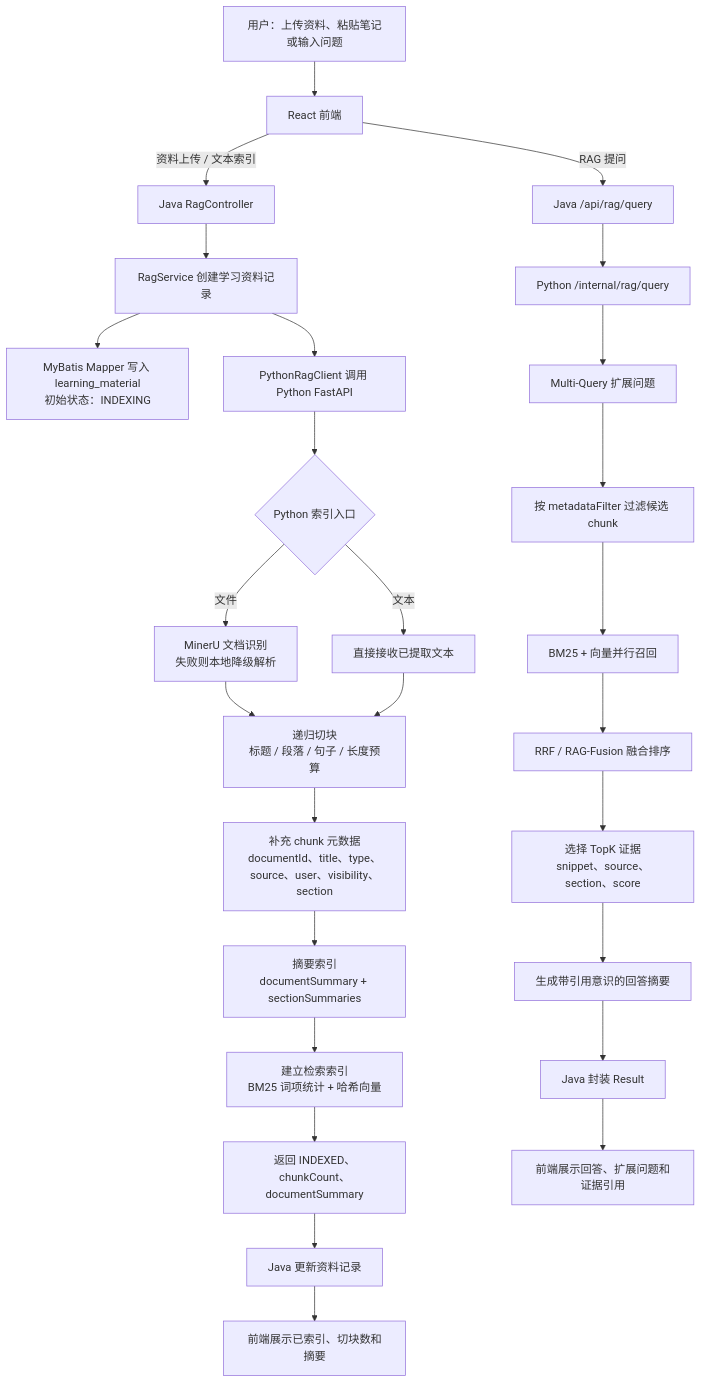
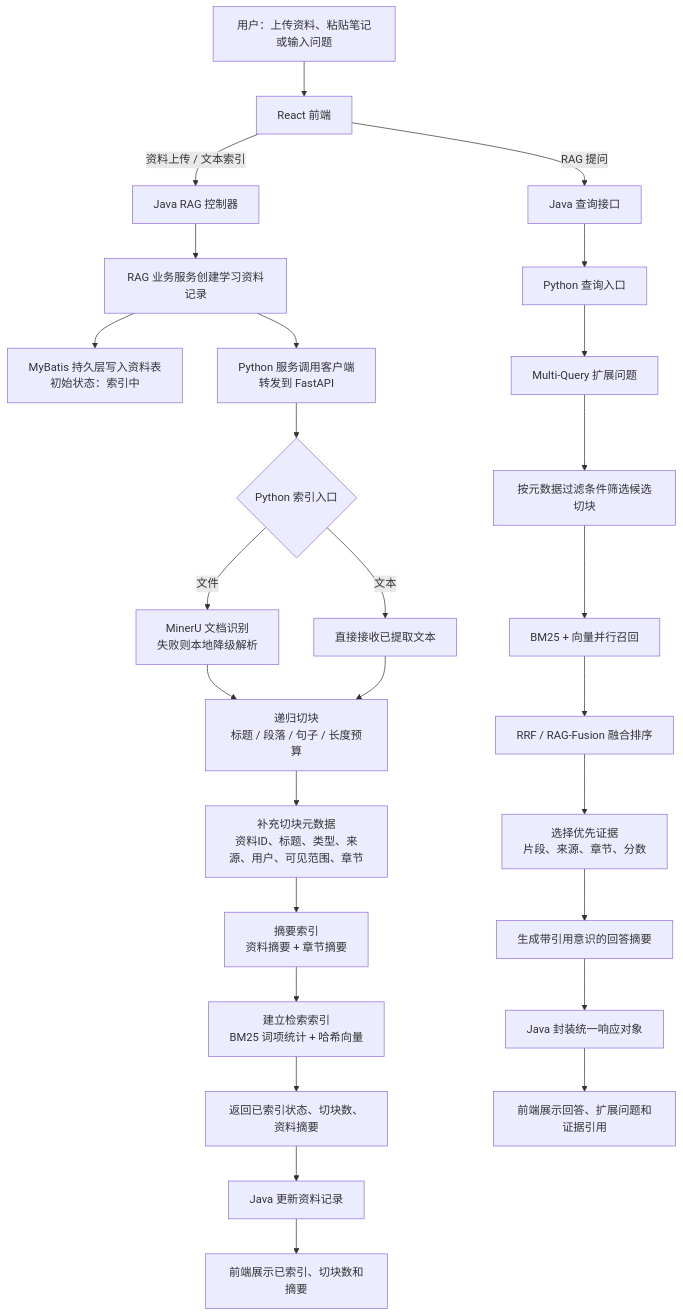
The first of 4 diagrams in README.md (HeWhenJay/Multimodal-RAG-Agent-Learning-Evidence-Platform), drawn with Mermaid before and after one commit. The commit also changed other lines of this file, not shown here.

Commit message:
docs: 拆分查询与检索流程图

````diff
--- a/README.md
+++ b/README.md
@@ -22,32 +22,32 @@
 ```mermaid
 flowchart TD
     U["用户：上传资料、粘贴笔记或输入问题"] --> FE["React 前端"]
 
-    FE -->|"资料上传 / 文本索引"| JC["Java RagController"]
-    JC --> JS["RagService 创建学习资料记录"]
-    JS --> DB["MyBatis Mapper 写入 learning_material<br/>初始状态：INDEXING"]
-    JS --> PC["PythonRagClient 调用 Python FastAPI"]
+    FE -->|"资料上传 / 文本索引"| JC["Java RAG 控制器"]
+    JC --> JS["RAG 业务服务创建学习资料记录"]
+    JS --> DB["MyBatis 持久层写入资料表<br/>初始状态：索引中"]
+    JS --> PC["Python 服务调用客户端<br/>转发到 FastAPI"]
 
     PC --> PYI{"Python 索引入口"}
     PYI -->|"文件"| MU["MinerU 文档识别<br/>失败则本地降级解析"]
     PYI -->|"文本"| TXT["直接接收已提取文本"]
     MU --> CH["递归切块<br/>标题 / 段落 / 句子 / 长度预算"]
     TXT --> CH
-    CH --> META["补充 chunk 元数据<br/>documentId、title、type、source、user、visibility、section"]
-    META --> SUM["摘要索引<br/>documentSummary + sectionSummaries"]
+    CH --> META["补充切块元数据<br/>资料ID、标题、类型、来源、用户、可见范围、章节"]
+    META --> SUM["摘要索引<br/>资料摘要 + 章节摘要"]
     SUM --> IDX["建立检索索引<br/>BM25 词项统计 + 哈希向量"]
-    IDX --> IR["返回 INDEXED、chunkCount、documentSummary"]
+    IDX --> IR["返回已索引状态、切块数、资料摘要"]
     IR --> JU["Java 更新资料记录"]
     JU --> FEI["前端展示已索引、切块数和摘要"]
 
-    FE -->|"RAG 提问"| JQ["Java /api/rag/query"]
-    JQ --> PQ["Python /internal/rag/query"]
+    FE -->|"RAG 提问"| JQ["Java 查询接口"]
+    JQ --> PQ["Python 查询入口"]
     PQ --> MQ["Multi-Query 扩展问题"]
-    MQ --> FILTER["按 metadataFilter 过滤候选 chunk"]
+    MQ --> FILTER["按元数据过滤条件筛选候选切块"]
     FILTER --> RET["BM25 + 向量并行召回"]
     RET --> FUSE["RRF / RAG-Fusion 融合排序"]
-    FUSE --> EV["选择 TopK 证据<br/>snippet、source、section、score"]
+    FUSE --> EV["选择优先证据<br/>片段、来源、章节、分数"]
     EV --> ANS["生成带引用意识的回答摘要"]
-    ANS --> JR["Java 封装 Result<RagQueryVO>"]
+    ANS --> JR["Java 封装统一响应对象"]
     JR --> UI["前端展示回答、扩展问题和证据引用"]
 ```
````
